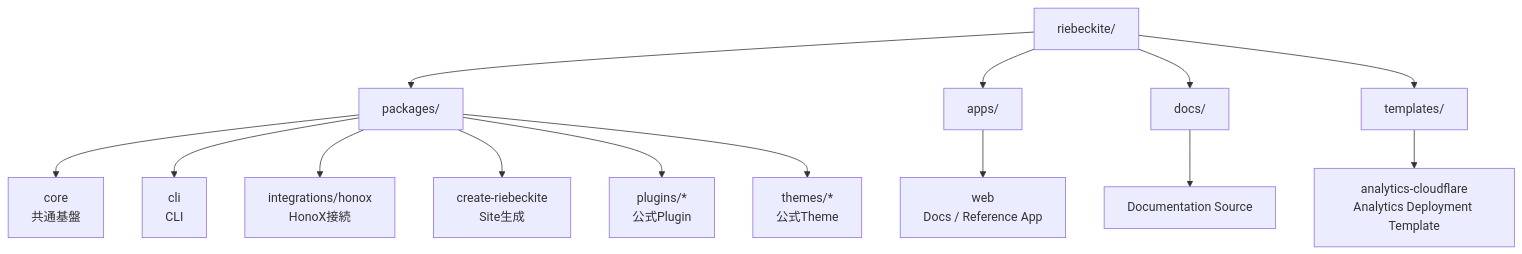
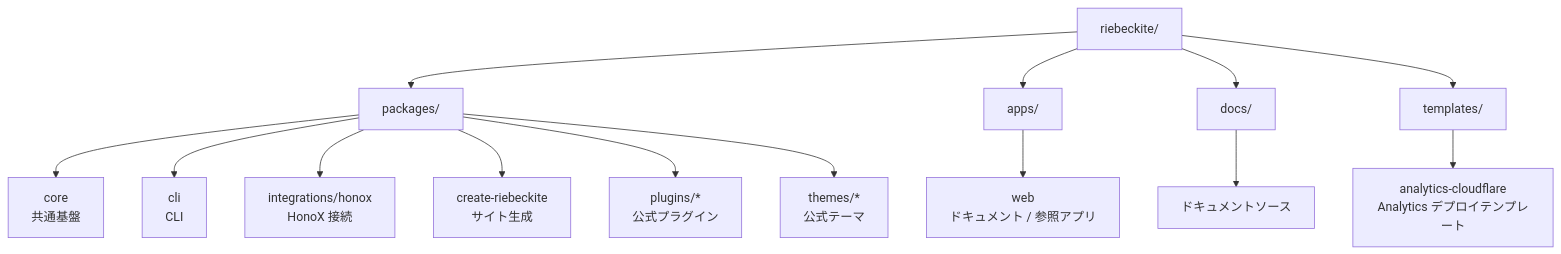
Before and after one commit to Rerurate514/riebeckite: the second of 6 diagrams in docs/docs/framework/development.ja.md, drawn with Mermaid. The commit also changed other lines of this file and 310 other files, not shown here.

````diff
--- a/docs/docs/framework/development.ja.md
+++ b/docs/docs/framework/development.ja.md
@@ -62,20 +56,20 @@
 ```mermaid id="7xv9qn"
 flowchart TD
     Repo["riebeckite/"]
 
     Repo --> Packages["packages/"]
     Repo --> Apps["apps/"]
     Repo --> Docs["docs/"]
     Repo --> Templates["templates/"]
 
     Packages --> Core["core<br/>共通基盤"]
     Packages --> CLI["cli<br/>CLI"]
-    Packages --> Integration["integrations/honox<br/>HonoX接続"]
-    Packages --> Create["create-riebeckite<br/>Site生成"]
-    Packages --> Plugins["plugins/*<br/>公式Plugin"]
-    Packages --> Themes["themes/*<br/>公式Theme"]
+    Packages --> Integration["integrations/honox<br/>HonoX 接続"]
+    Packages --> Create["create-riebeckite<br/>サイト生成"]
+    Packages --> Plugins["plugins/*<br/>公式プラグイン"]
+    Packages --> Themes["themes/*<br/>公式テーマ"]
 
-    Apps --> Web["web<br/>Docs / Reference App"]
-    Docs --> DocSource["Documentation Source"]
-    Templates --> Analytics["analytics-cloudflare<br/>Analytics Deployment Template"]
+    Apps --> Web["web<br/>ドキュメント / 参照アプリ"]
+    Docs --> DocSource["ドキュメントソース"]
+    Templates --> Analytics["analytics-cloudflare<br/>Analytics デプロイテンプレート"]
 ```
````
